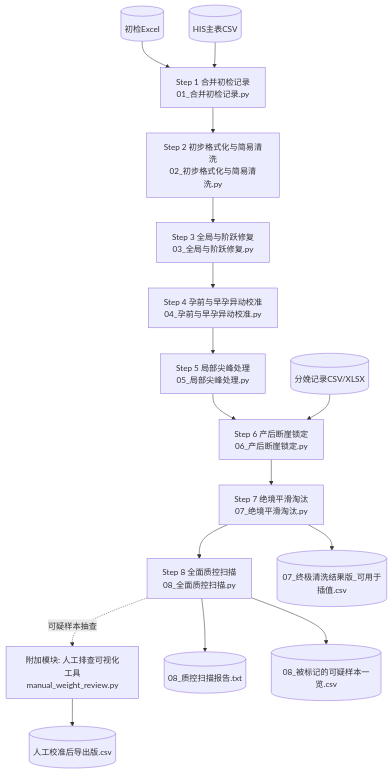
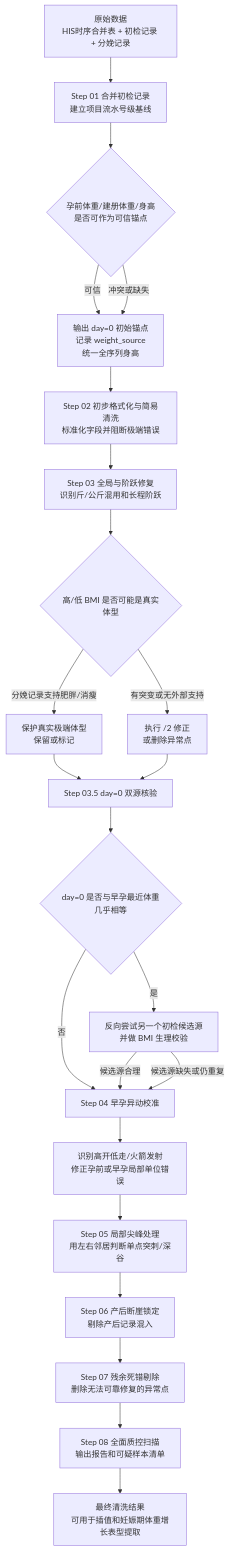
The diagram in README.md (AndyCycle/gestational-weight-records-cleaning-pipline), drawn with Mermaid before and after one commit. The commit also changed other lines of this file and 15 other files, not shown here.

````diff
--- a/README.md
+++ b/README.md
@@ -233,22 +258,28 @@
 ```mermaid
 flowchart TD
-    A[Step 1 合并初检记录\n01_合并初检记录.py] --> B[Step 2 初步格式化与简易清洗\n02_初步格式化与简易清洗.py]
-    B --> C[Step 3 全局与阶跃修复\n03_全局与阶跃修复.py]
-    C --> D[Step 4 孕前与早孕异动校准\n04_孕前与早孕异动校准.py]
-    D --> E[Step 5 局部尖峰处理\n05_局部尖峰处理.py]
-    E --> F[Step 6 产后断崖锁定\n06_产后断崖锁定.py]
-    F --> G[Step 7 绝境平滑淘汰\n07_绝境平滑淘汰.py]
-    G --> H[Step 8 全面质控扫描\n08_全面质控扫描.py]
+    A[原始数据<br/>HIS时序合并表 + 初检记录 + 分娩记录] --> B[Step 01 合并初检记录<br/>建立项目流水号级基线]
+    B --> B1{孕前体重/建册体重/身高<br/>是否可作为可信锚点}
+    B1 -->|可信| C[输出 day=0 初始锚点<br/>记录 weight_source<br/>统一全序列身高]
+    B1 -->|冲突或缺失| C
 
-    H -. 可疑样本抽查 .-> O[附加模块: 人工排查可视化工具\nmanual_weight_review.py]
+    C --> D[Step 02 初步格式化与简易清洗<br/>标准化字段并阻断极端错误]
+    D --> E[Step 03 全局与阶跃修复<br/>识别斤/公斤混用和长程阶跃]
+    E --> E1{高/低 BMI 是否可能是真实体型}
+    E1 -->|分娩记录支持肥胖/消瘦| E2[保护真实极端体型<br/>保留或标记]
+    E1 -->|有突变或无外部支持| E3[执行 /2 修正<br/>或删除异常点]
+    E2 --> F[Step 03.5 day=0 双源核验]
+    E3 --> F
 
-    I[(初检Excel)] --> A
-    J[(HIS主表CSV)] --> A
-    K[(分娩记录CSV/XLSX)] --> F
+    F --> F1{day=0 是否与早孕最近体重几乎相等}
+    F1 -->|是| F2[反向尝试另一个初检候选源<br/>并做 BMI 生理校验]
+    F1 -->|否| G[Step 04 早孕异动校准]
+    F2 -->|候选源合理| G
+    F2 -->|候选源缺失或仍重复| G
 
-    H --> L[(08_质控扫描报告.txt)]
-    H --> M[(08_被标记的可疑样本一览.csv)]
-    G --> N[(07_终极清洗结果版_可用于插值.csv)]
-
-    O --> P[(人工校准后导出版.csv)]
+    G --> G1[识别高开低走/火箭发射<br/>修正孕前或早孕局部单位错误]
+    G1 --> H[Step 05 局部尖峰处理<br/>用左右邻居判断单点突刺/深谷]
+    H --> I[Step 06 产后断崖锁定<br/>剔除产后记录混入]
+    I --> J[Step 07 残余死错剔除<br/>删除无法可靠修复的异常点]
+    J --> K[Step 08 全面质控扫描<br/>输出报告和可疑样本清单]
+    K --> L[最终清洗结果<br/>可用于插值和妊娠期体重增长表型提取]
 ```
````
